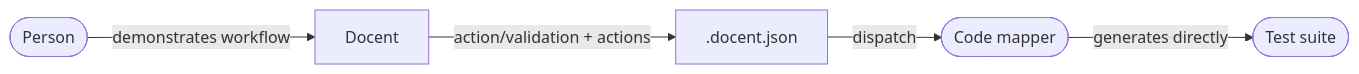
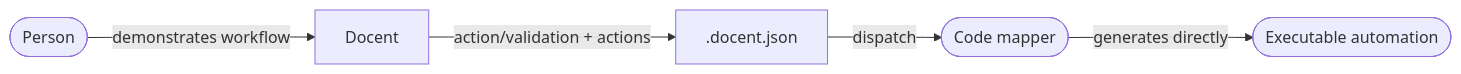
The second of 2 diagrams in README.md (Arsarneq/docent), drawn with Mermaid before and after one commit. The commit also changed other lines of this file and 25 other files, not shown here.

````diff
--- a/README.md
+++ b/README.md
@@ -68,7 +80,7 @@
 ```mermaid
 flowchart LR
     A([Person]) -->|demonstrates workflow| B[Docent]
     B -->|action/validation + actions| C[.docent.json]
     C -->|dispatch| D([Code mapper])
-    D -->|generates directly| E([Test suite])
+    D -->|generates directly| E([Executable automation])
 ```
````
